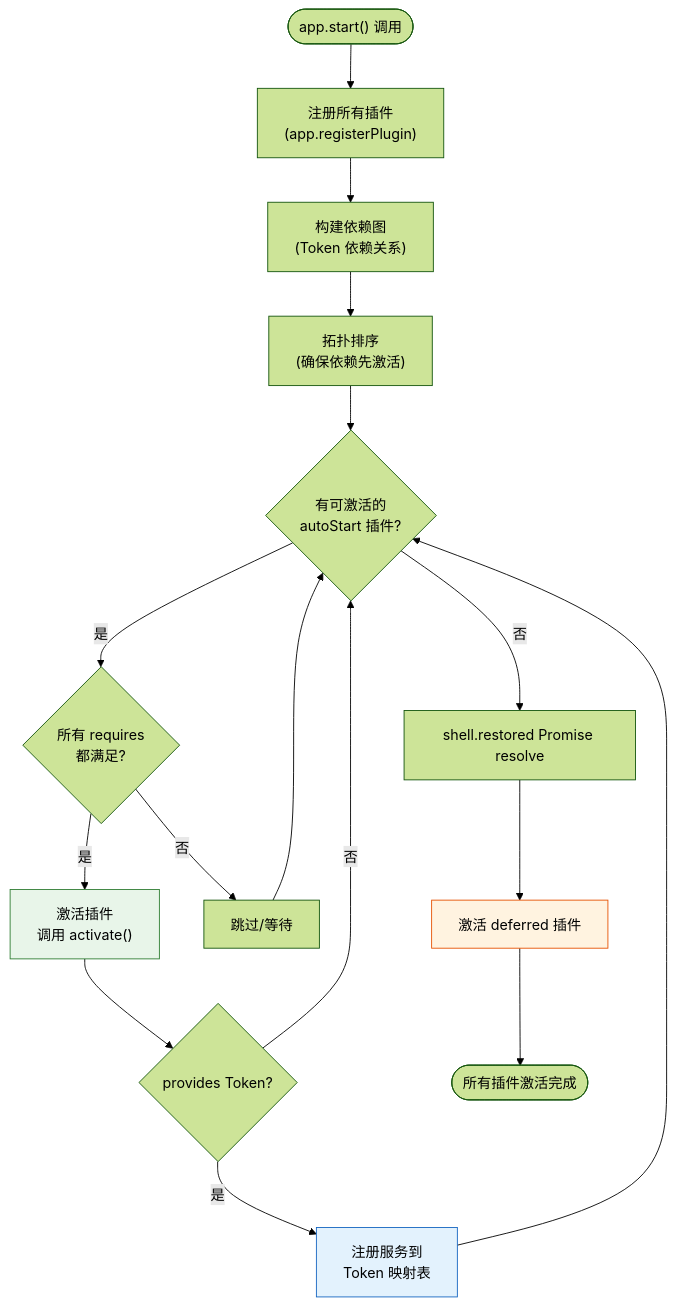
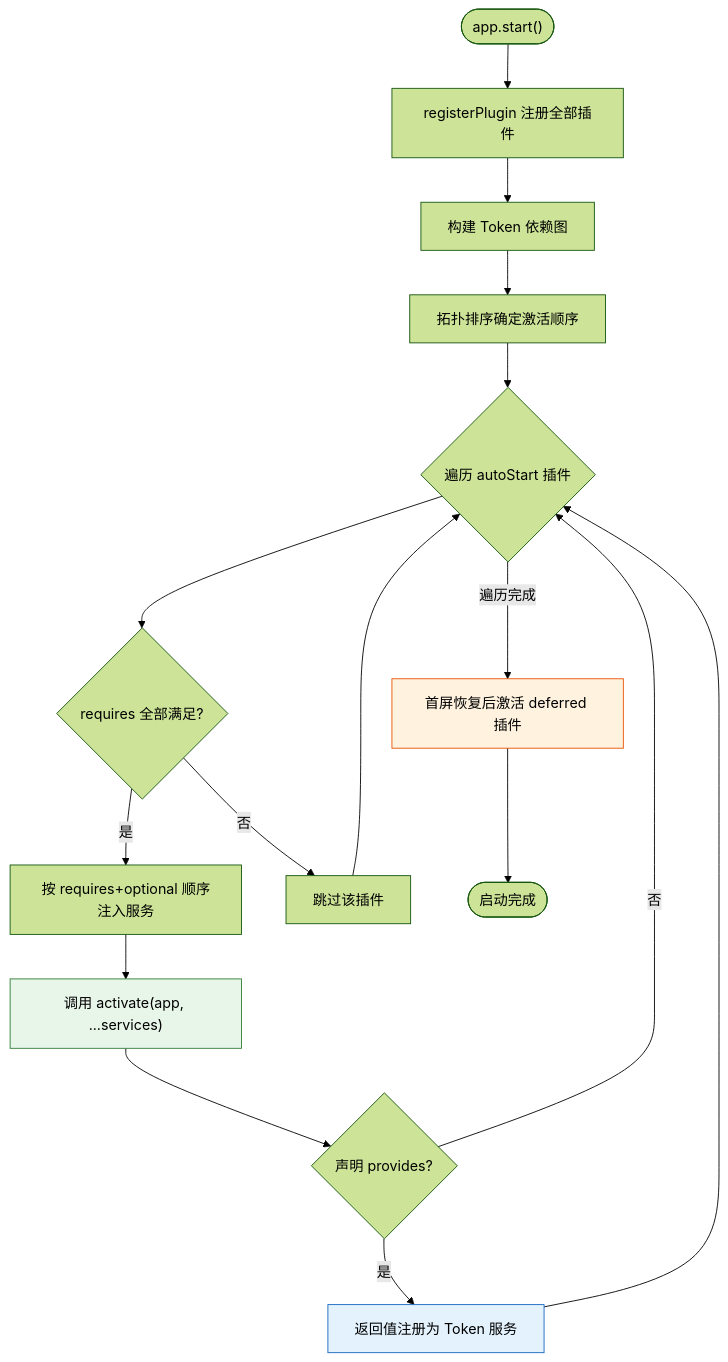
One commit to awesome-flexloop/awesome-okf changed the diagram in bundles/jupyter/jupyterlab/concepts/03-plugin-system.md. Above: the diagram before and after it, drawn with Mermaid (forest theme). The commit also changed other lines of this file and 8 other files, not shown here.

````diff
--- a/bundles/jupyter/jupyterlab/concepts/03-plugin-system.md
+++ b/bundles/jupyter/jupyterlab/concepts/03-plugin-system.md
@@ -170,22 +96,22 @@
 ```mermaid
 flowchart TB
-    START(["app.start() 调用"]) --> REG["注册所有插件<br/>(app.registerPlugin)"]
-    REG --> BUILD["构建依赖图<br/>(Token 依赖关系)"]
-    BUILD --> SORT["拓扑排序<br/>(确保依赖先激活)"]
-    SORT --> LOOP{"有可激活的<br/>autoStart 插件?"}
-    LOOP -->|"是"| CHECK{"所有 requires<br/>都满足?"}
-    CHECK -->|"是"| ACT["激活插件<br/>调用 activate()"]
-    ACT --> PROVIDE{"provides Token?"}
-    PROVIDE -->|"是"| REGISTER["注册服务到<br/>Token 映射表"]
-    REGISTER --> LOOP
-    PROVIDE -->|"否"| LOOP
-    CHECK -->|"否"| SKIP["跳过/等待"]
+    START(["app.start()"]) --> REG["registerPlugin 注册全部插件"]
+    REG --> GRAPH["构建 Token 依赖图"]
+    GRAPH --> SORT["拓扑排序确定激活顺序"]
+    SORT --> LOOP{"遍历 autoStart 插件"}
+    LOOP --> CHECK{"requires 全部满足?"}
+    CHECK -->|"是"| INJECT["按 requires+optional 顺序注入服务"]
+    INJECT --> ACT["调用 activate(app, ...services)"]
+    ACT --> PROVIDES{"声明 provides?"}
+    PROVIDES -->|"是"| BIND["返回值注册为 Token 服务"]
+    BIND --> LOOP
+    PROVIDES -->|"否"| LOOP
+    CHECK -->|"否"| SKIP["跳过该插件"]
     SKIP --> LOOP
-    LOOP -->|"否"| RESTORE["shell.restored Promise resolve"]
-    RESTORE --> DEFERRED["激活 deferred 插件"]
-    DEFERRED --> DONE(["所有插件激活完成"])
+    LOOP -->|"遍历完成"| DEFER["首屏恢复后激活 deferred 插件"]
+    DEFER --> DONE(["启动完成"])
 
     style ACT fill:#e8f5e9,stroke:#2e7d32
-    style REGISTER fill:#e3f2fd,stroke:#1565c0
-    style DEFERRED fill:#fff3e0,stroke:#e65100
+    style BIND fill:#e3f2fd,stroke:#1565c0
+    style DEFER fill:#fff3e0,stroke:#e65100
 ```
````
